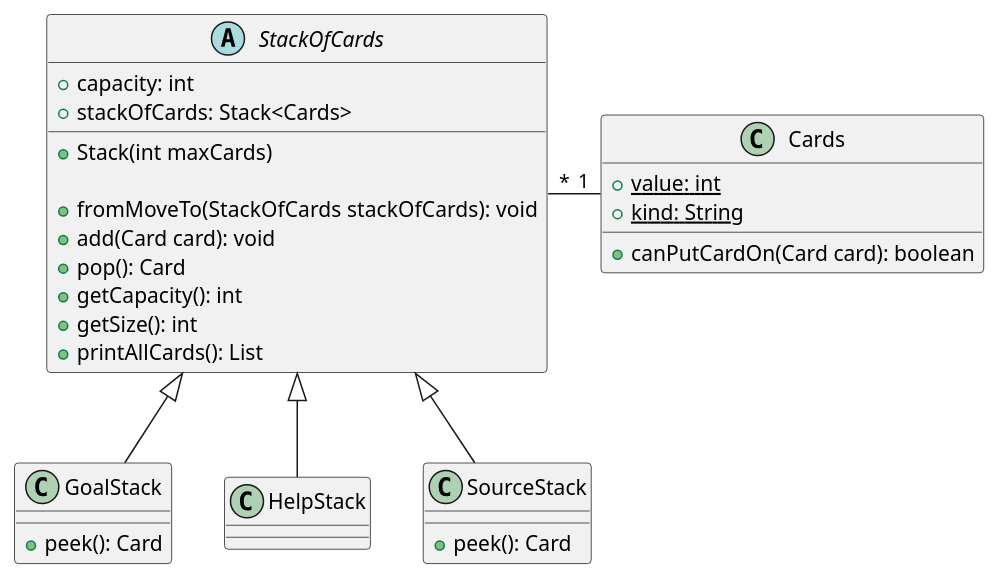
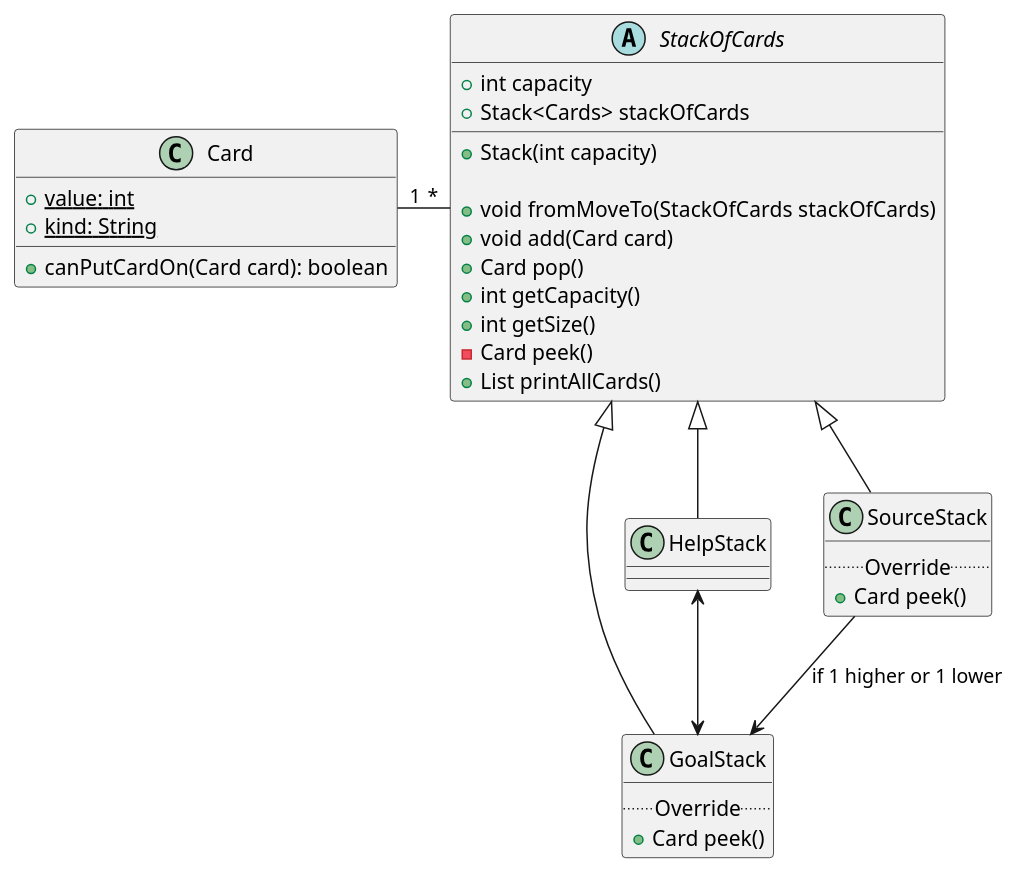
One commit to FlorDM7/OGP changed the diagram in Oefenzitting4/ClassDiagramOef2.puml. Above: the diagram before and after it, drawn with PlantUML. The commit also changed 19 other files, not shown here.

```diff
--- a/Oefenzitting4/ClassDiagramOef2.puml
+++ b/Oefenzitting4/ClassDiagramOef2.puml
@@ -1,43 +1,53 @@
 @startuml
 
 abstract StackOfCards{
-    + capacity: int
-    + stackOfCards: Stack<Cards>
+    + int capacity
+    + Stack<Cards> stackOfCards
 
-    + Stack(int maxCards)
+    + Stack(int capacity)
 
-    + fromMoveTo(StackOfCards stackOfCards): void
-    + add(Card card): void
-    + pop(): Card
-    + getCapacity(): int
-    + getSize(): int
-    + printAllCards(): List
+    + void fromMoveTo(StackOfCards stackOfCards)
+    + void add(Card card)
+    + Card pop()
+    + int getCapacity()
+    + int getSize()
+    - Card peek()
+    + List printAllCards()
 }
 
 class GoalStack{
-
-    + peek(): Card
+    ..Override..
+    + Card peek()
 }
 
 class HelpStack{
+
 }
 
 class SourceStack{
-
-    + peek(): Card
+    ..Override..
+    + Card peek()
 }
 
 'Cards are immutable
-class Cards{
+class Card{
     + {static} value: int
     + {static} kind: String
 
     + canPutCardOn(Card card): boolean
 }
 
+'Inheritance
 StackOfCards <|-- GoalStack
 StackOfCards <|-- SourceStack
 StackOfCards <|-- HelpStack
-StackOfCards "*" - "1" Cards
+
+'Bidirectional relation
+Card "1" - "*" StackOfCards
+HelpStack <-->  GoalStack
+
+'Unidirectional relation
+SourceStack --> GoalStack : if 1 higher or 1 lower
+
 
 @enduml
```
